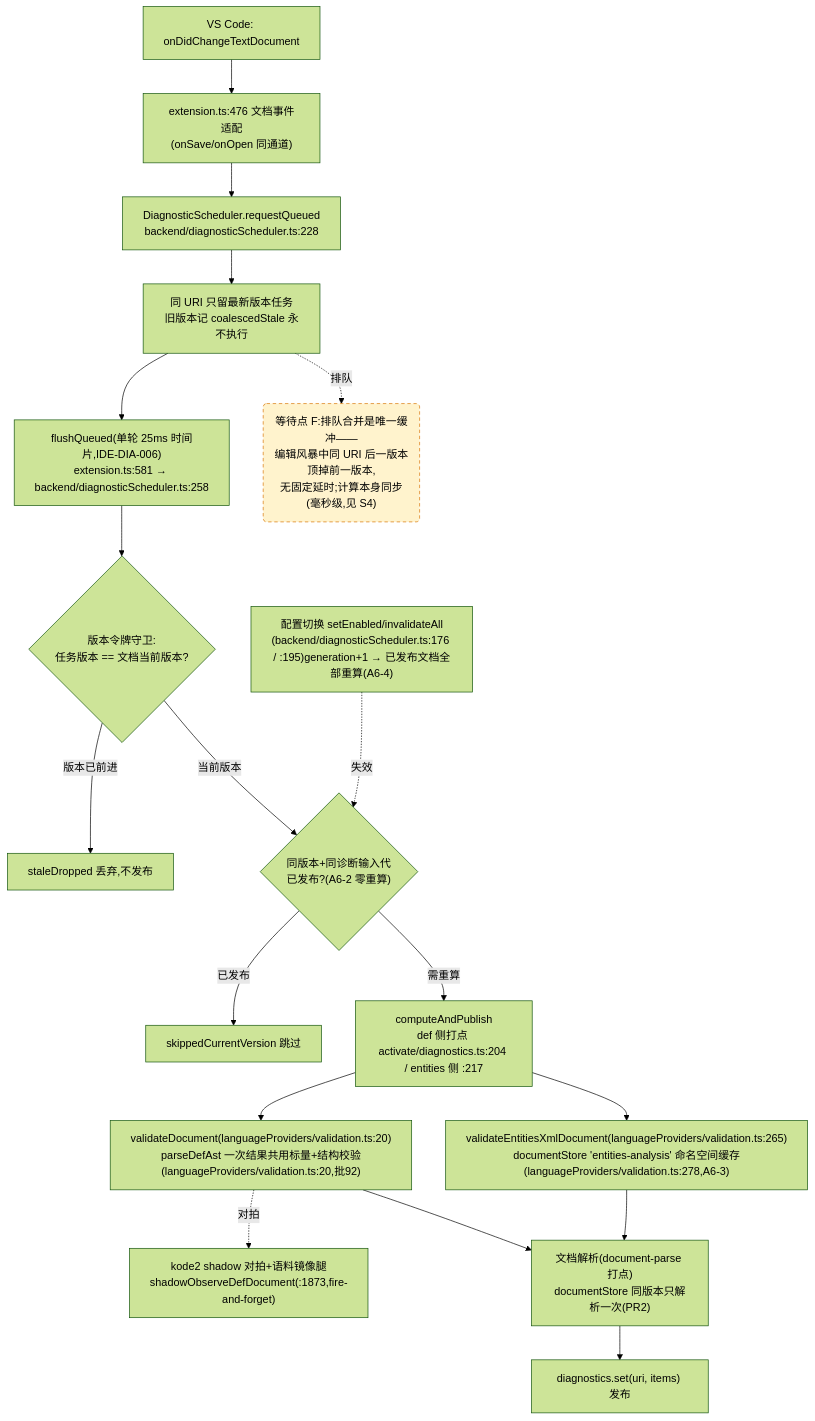
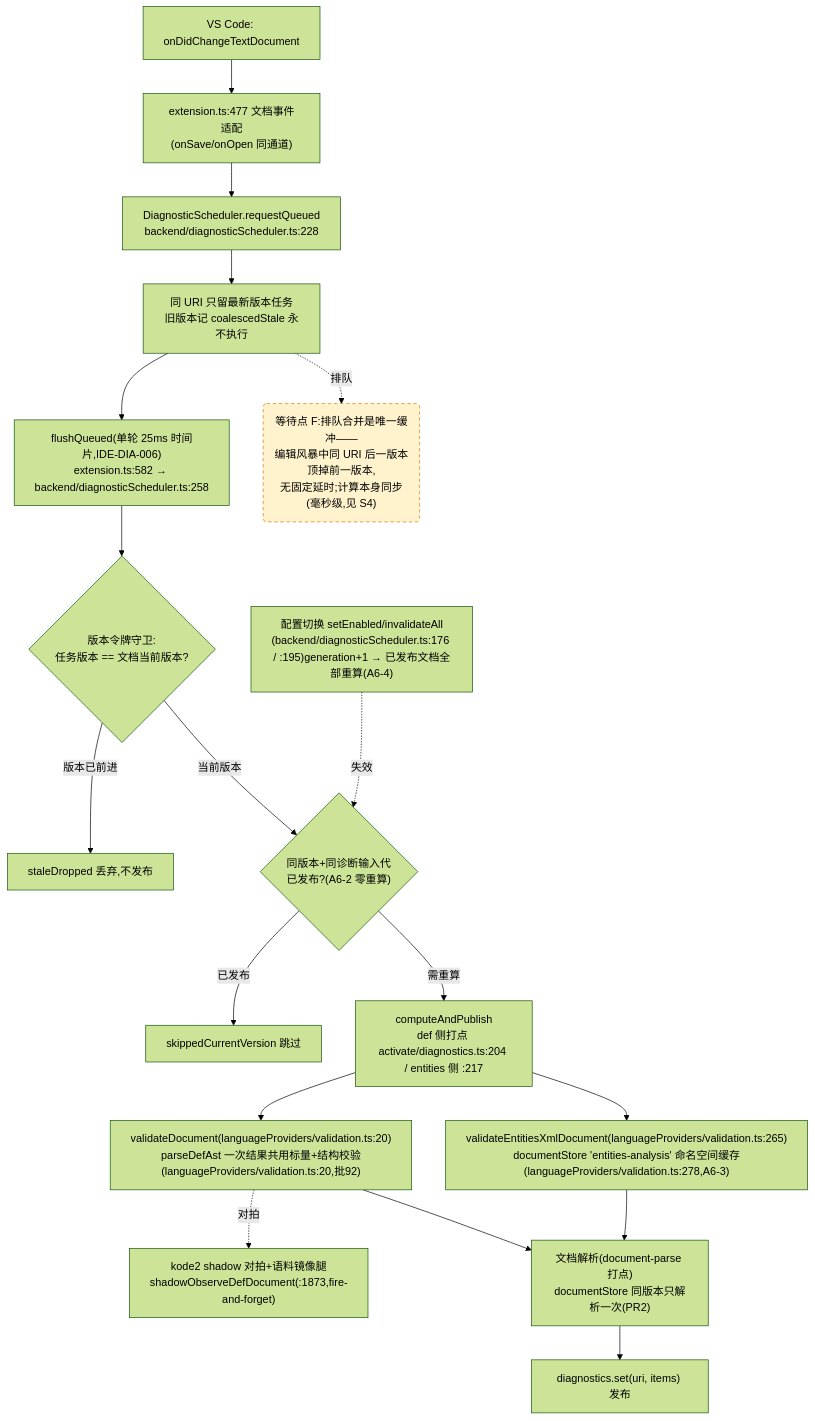
One commit to cuihairu/kode changed the fourth of 4 diagrams in docs/perf/2026-baseline.md. Above: the diagram before and after it, drawn with Mermaid (forest theme). The commit also changed other lines of this file and 21 other files, not shown here.

````diff
--- a/docs/perf/2026-baseline.md
+++ b/docs/perf/2026-baseline.md
@@ -231,38 +231,38 @@
 ```mermaid
 flowchart TD
   CHG["VS Code: onDidChangeTextDocument"]
-  WATCH["extension.ts:476 文档事件适配<br/>(onSave/onOpen 同通道)"]
+  WATCH["extension.ts:477 文档事件适配<br/>(onSave/onOpen 同通道)"]
   RQ["DiagnosticScheduler.requestQueued<br/>backend/diagnosticScheduler.ts:228"]
   CO["同 URI 只留最新版本任务<br/>旧版本记 coalescedStale 永不执行"]
-  FL["flushQueued(单轮 25ms 时间片,IDE-DIA-006)<br/>extension.ts:581 → backend/diagnosticScheduler.ts:258"]
+  FL["flushQueued(单轮 25ms 时间片,IDE-DIA-006)<br/>extension.ts:582 → backend/diagnosticScheduler.ts:258"]
   VG{"版本令牌守卫:<br/>任务版本 == 文档当前版本?"}
   DROP["staleDropped 丢弃,不发布"]
   GEN{"同版本+同诊断输入代<br/>已发布?(A6-2 零重算)"}
   SKIP["skippedCurrentVersion 跳过"]
   CALC["computeAndPublish<br/>def 侧打点 activate/diagnostics.ts:204 / entities 侧 :217"]
   VD["validateDocument(languageProviders/validation.ts:20)<br/>parseDefAst 一次结果共用标量+结构校验(languageProviders/validation.ts:20,批92)"]
   VEX["validateEntitiesXmlDocument(languageProviders/validation.ts:265)<br/>documentStore 'entities-analysis' 命名空间缓存(languageProviders/validation.ts:278,A6-3)"]
   SHDD["kode2 shadow 对拍+语料镜像腿<br/>shadowObserveDefDocument(:1873,fire-and-forget)"]
   DS["文档解析(document-parse 打点)<br/>documentStore 同版本只解析一次(PR2)"]
   PUB["diagnostics.set(uri, items) 发布"]
   CFG2["配置切换 setEnabled/invalidateAll<br/>(backend/diagnosticScheduler.ts:176 / :195)generation+1 → 已发布文档全部重算(A6-4)"]
 
   CHG --> WATCH --> RQ --> CO --> FL --> VG
   VG -- "版本已前进" --> DROP
   VG -- "当前版本" --> GEN
   GEN -- "已发布" --> SKIP
   GEN -- "需重算" --> CALC
   CALC --> VD
   CALC --> VEX
   VD --> DS
   VEX --> DS
   DS --> PUB
   VD -.->|对拍| SHDD
   CFG2 -.->|失效| GEN
 
   WAITF("等待点 F:排队合并是唯一缓冲——<br/>编辑风暴中同 URI 后一版本顶掉前一版本,<br/>无固定延时;计算本身同步(毫秒级,见 S4)")
   CO -.->|排队| WAITF
 
   classDef waitPoint fill:#fff3cd,stroke:#d97706,stroke-dasharray:5 4;
   class WAITF waitPoint;
 ```
````
